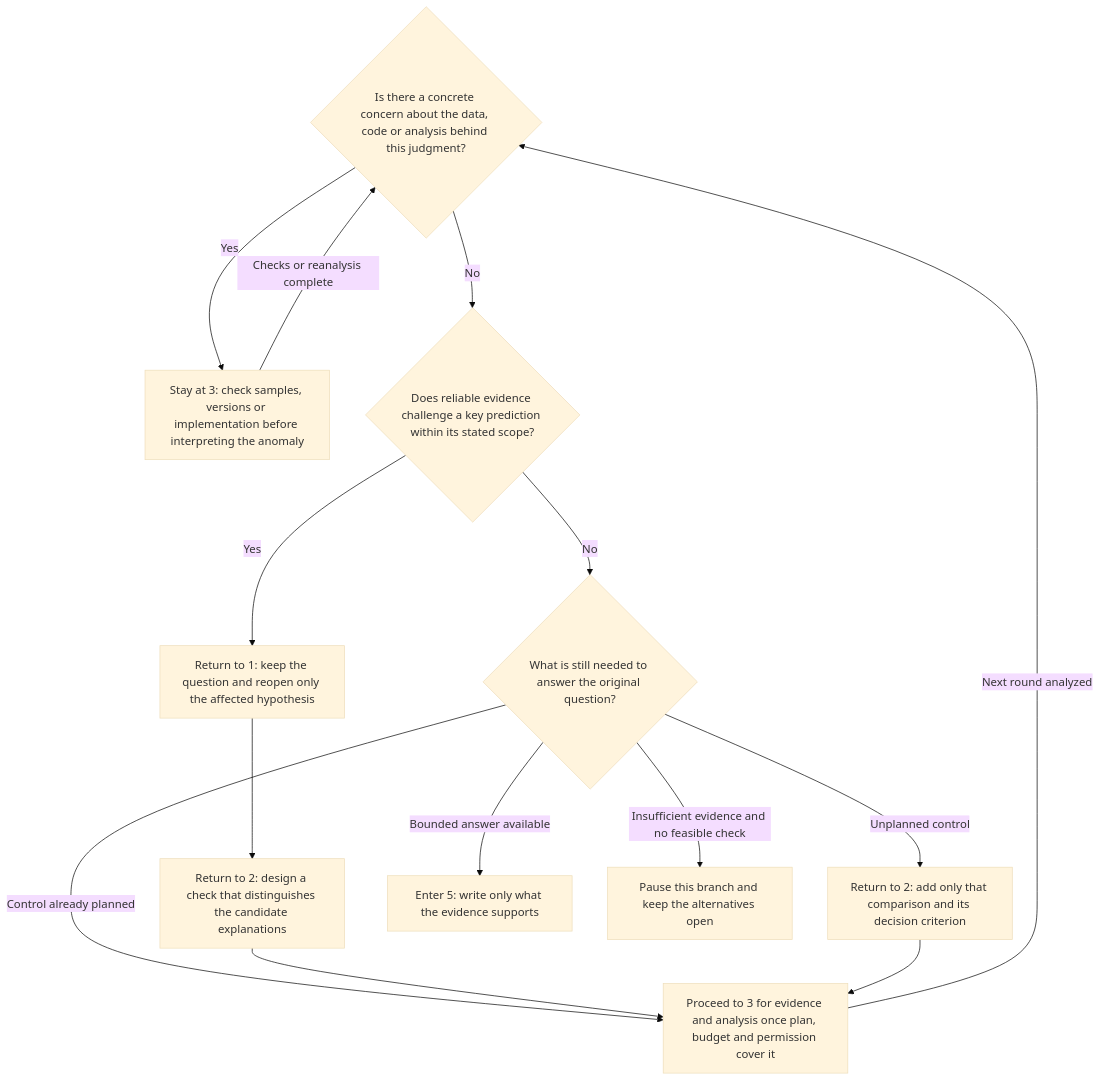
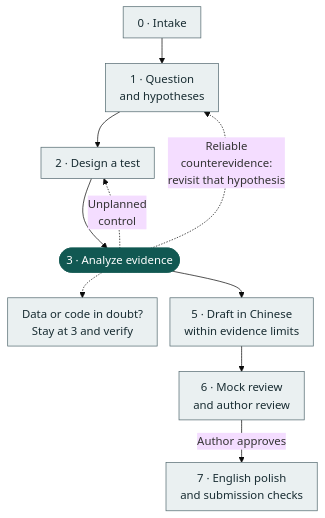
Before and after one commit to jiaqi-Sun2020/codex-skill-hub: the diagram in 10-paper-build/README.en.md, drawn with Mermaid (base theme). The commit also changed other lines of this file and 1 other file, not shown here.

Commit message:
docs: clarify paper workflow and analysis reentry

````diff
--- a/10-paper-build/README.en.md
+++ b/10-paper-build/README.en.md
@@ -32,17 +13,33 @@
 ```mermaid
+---
+config:
+  flowchart:
+    nodeSpacing: 18
+    rankSpacing: 36
+    padding: 10
+---
 flowchart TD
-    T{"Is there a concrete concern about the data, code or analysis behind this judgment?"}
-    T -->|Yes| V["Stay at 3: check samples, versions or implementation before interpreting the anomaly"]
-    V -->|Checks or reanalysis complete| T
-    T -->|No| H{"Does reliable evidence challenge a key prediction within its stated scope?"}
-    H -->|Yes| R["Return to 1: keep the question and reopen only the affected hypothesis"]
-    R --> D["Return to 2: design a check that distinguishes the candidate explanations"]
-    H -->|No| Q{"What is still needed to answer the original question?"}
-    Q -->|Unplanned control| E["Return to 2: add only that comparison and its decision criterion"]
-    Q -->|Control already planned| N["Proceed to 3 for evidence and analysis once plan, budget and permission cover it"]
-    D --> N
-    E --> N
-    N -->|Next round analyzed| T
-    Q -->|Bounded answer available| M["Enter 5: write only what the evidence supports"]
-    Q -->|Insufficient evidence and no feasible check| P["Pause this branch and keep the alternatives open"]
+    accTitle: From research question to author review
+    accDescr: Stay at 3 to verify suspect data or code. Return to 2 for an unplanned control; stay at 3 if the plan, budget and authorization already cover it. Reliable counterevidence reopens only the affected hypothesis at 1, then goes to 2 to design a discriminating test. Move to 5 with a bounded answer.
+    intake["0 · Intake"]
+    hypothesis["1 · Question<br/>and hypotheses"]
+    design["2 · Design a test"]
+    analysis(["3 · Analyze evidence"])
+    verify["Data or code in doubt?<br/>Stay at 3 and verify"]
+    draft["5 · Draft in Chinese<br/>within evidence limits"]
+    gate["6 · Mock review<br/>and author review"]
+    finish["7 · English polish<br/>and submission checks"]
+    intake --> hypothesis
+    hypothesis --> design
+    design --> analysis
+    analysis -.-> verify
+    analysis -.->|Unplanned<br/>control| design
+    analysis -.->|Reliable<br/>counterevidence:<br/>revisit that hypothesis| hypothesis
+    analysis --> draft
+    draft --> gate
+    gate -->|Author approves| finish
+    classDef stage fill:#EAF0F1,stroke:#546A70,color:#182C32
+    classDef focus fill:#115852,stroke:#115852,color:#FFFFFF
+    class intake,hypothesis,design,verify,draft,gate,finish stage
+    class analysis focus
 ```
````
